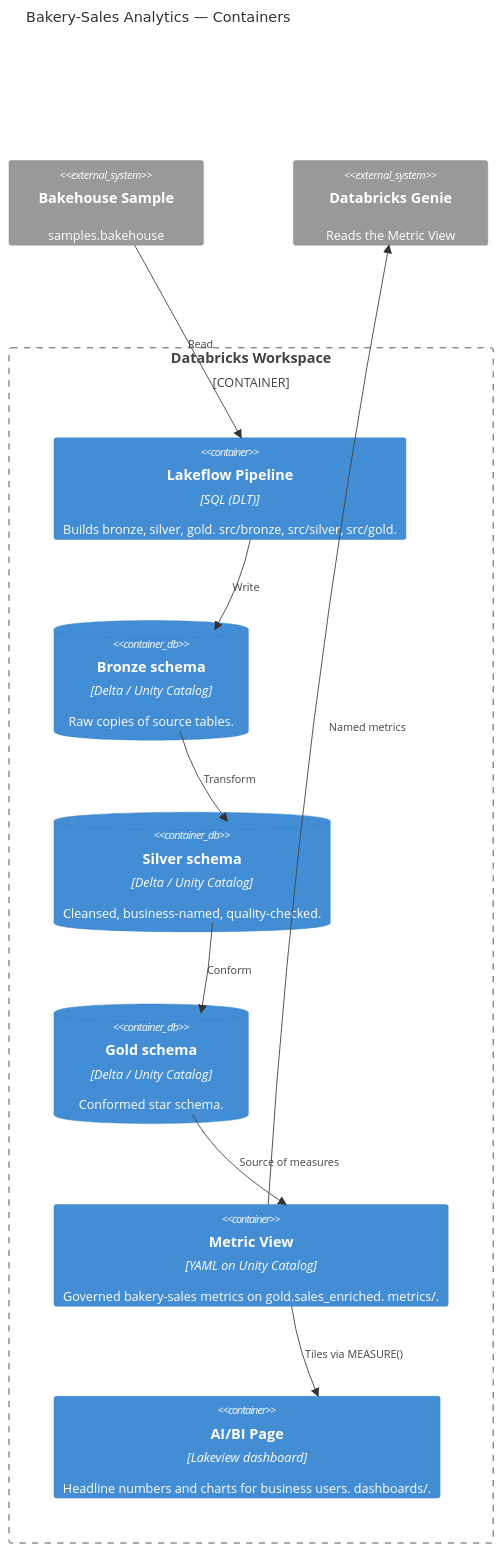
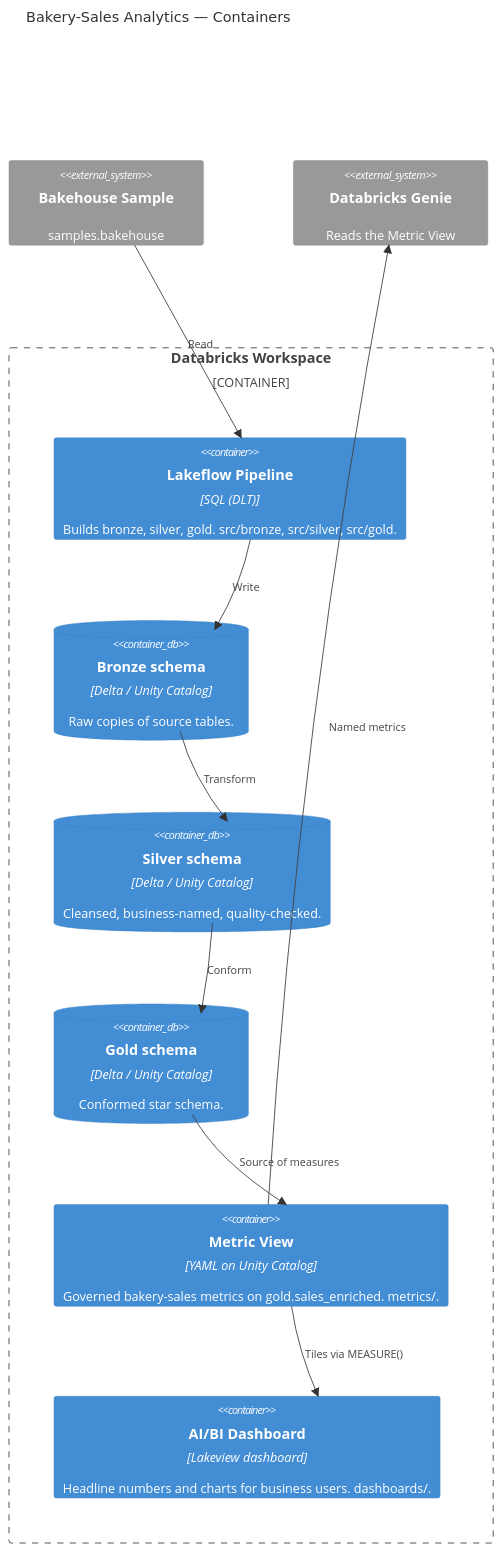
The diagram in docs/architecture/c4/02_container.md (marcinkostkiewiczlingaro/dbx_meetup_demo), drawn with Mermaid before and after one commit. The commit also changed 10 other files, not shown here.

First line of the commit message:
Rename our AI/BI artifact from Page to Dashboard

````diff
--- a/docs/architecture/c4/02_container.md
+++ b/docs/architecture/c4/02_container.md
@@ -6,25 +6,25 @@
 ```mermaid
 C4Container
   title Bakery-Sales Analytics — Containers
 
   System_Ext(bakehouse, "Bakehouse Sample", "samples.bakehouse")
 
   Container_Boundary(ws, "Databricks Workspace") {
     Container(pipeline, "Lakeflow Pipeline", "SQL (DLT)", "Builds bronze, silver, gold. src/bronze, src/silver, src/gold.")
     ContainerDb(bronze, "Bronze schema", "Delta / Unity Catalog", "Raw copies of source tables.")
     ContainerDb(silver, "Silver schema", "Delta / Unity Catalog", "Cleansed, business-named, quality-checked.")
     ContainerDb(gold, "Gold schema", "Delta / Unity Catalog", "Conformed star schema.")
     Container(metric, "Metric View", "YAML on Unity Catalog", "Governed bakery-sales metrics on gold.sales_enriched. metrics/.")
-    Container(page, "AI/BI Page", "Lakeview dashboard", "Headline numbers and charts for business users. dashboards/.")
+    Container(dashboard, "AI/BI Dashboard", "Lakeview dashboard", "Headline numbers and charts for business users. dashboards/.")
   }
 
   System_Ext(genie, "Databricks Genie", "Reads the Metric View")
 
   Rel(bakehouse, pipeline, "Read")
   Rel(pipeline, bronze, "Write")
   Rel(bronze, silver, "Transform")
   Rel(silver, gold, "Conform")
   Rel(gold, metric, "Source of measures")
-  Rel(metric, page, "Tiles via MEASURE()")
+  Rel(metric, dashboard, "Tiles via MEASURE()")
   Rel(metric, genie, "Named metrics")
 ```
````
